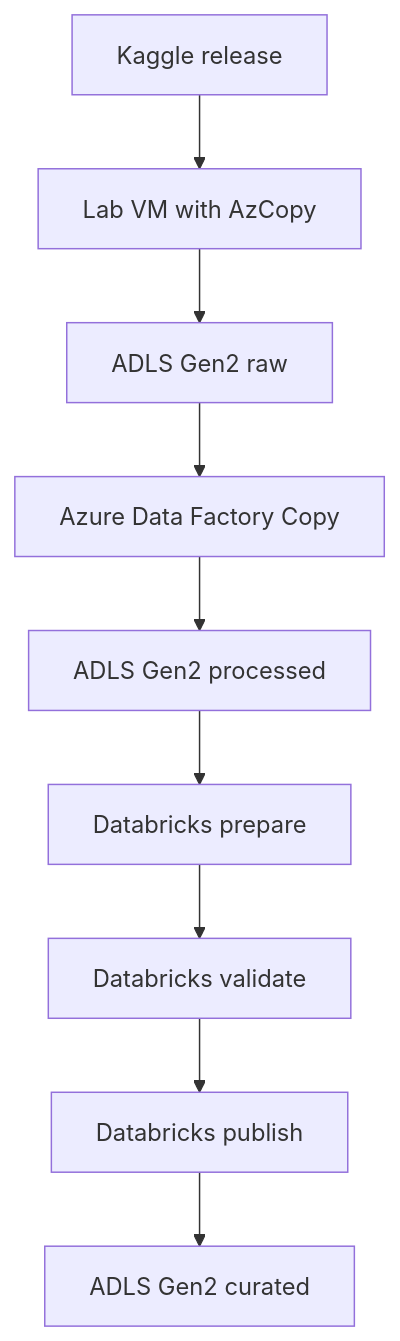
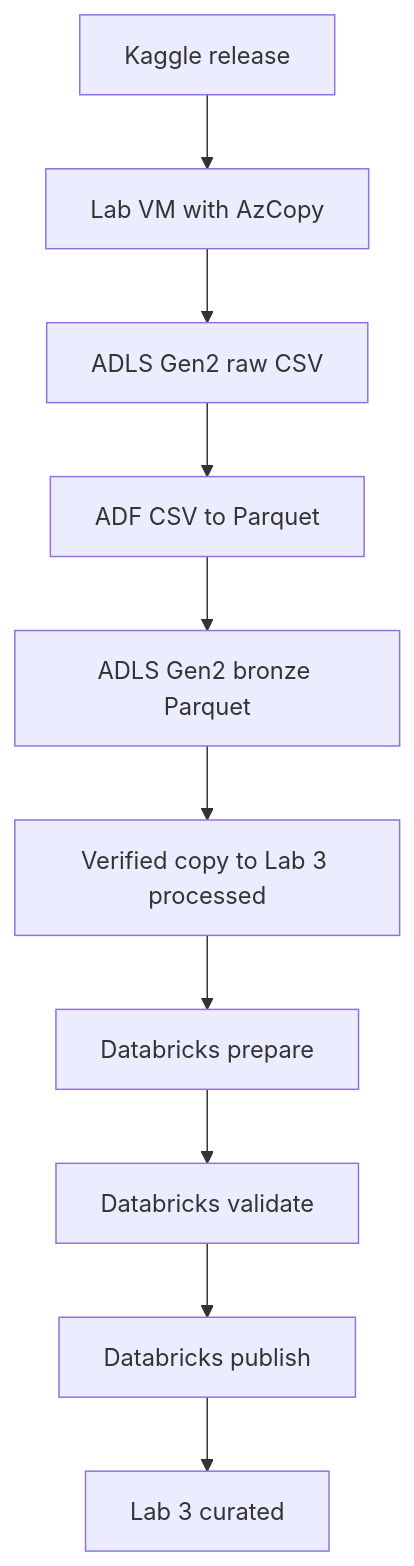
Before and after one commit to Jehan-Ali-Elsaid/dsai3202-stock-price-forecasting: the diagram in README.md, drawn with Mermaid. The commit also changed other lines of this file and 13 other files, not shown here.

Commit message:
Add ADF conversion and Lab 5 Databricks pipeline

````diff
--- a/README.md
+++ b/README.md
@@ -30,11 +31,12 @@
 ```mermaid
 flowchart TD
     K["Kaggle release"] --> A["Lab VM with AzCopy"]
-    A --> R["ADLS Gen2 raw"]
-    R --> B["Azure Data Factory Copy"]
-    B --> P["ADLS Gen2 processed"]
-    P --> D["Databricks prepare"]
+    A --> R["ADLS Gen2 raw CSV"]
+    R --> B["ADF CSV to Parquet"]
+    B --> P["ADLS Gen2 bronze Parquet"]
+    P --> H["Verified copy to Lab 3 processed"]
+    H --> D["Databricks prepare"]
     D --> V["Databricks validate"]
     V --> C["Databricks publish"]
-    C --> U["ADLS Gen2 curated"]
+    C --> U["Lab 3 curated"]
 ```
````
